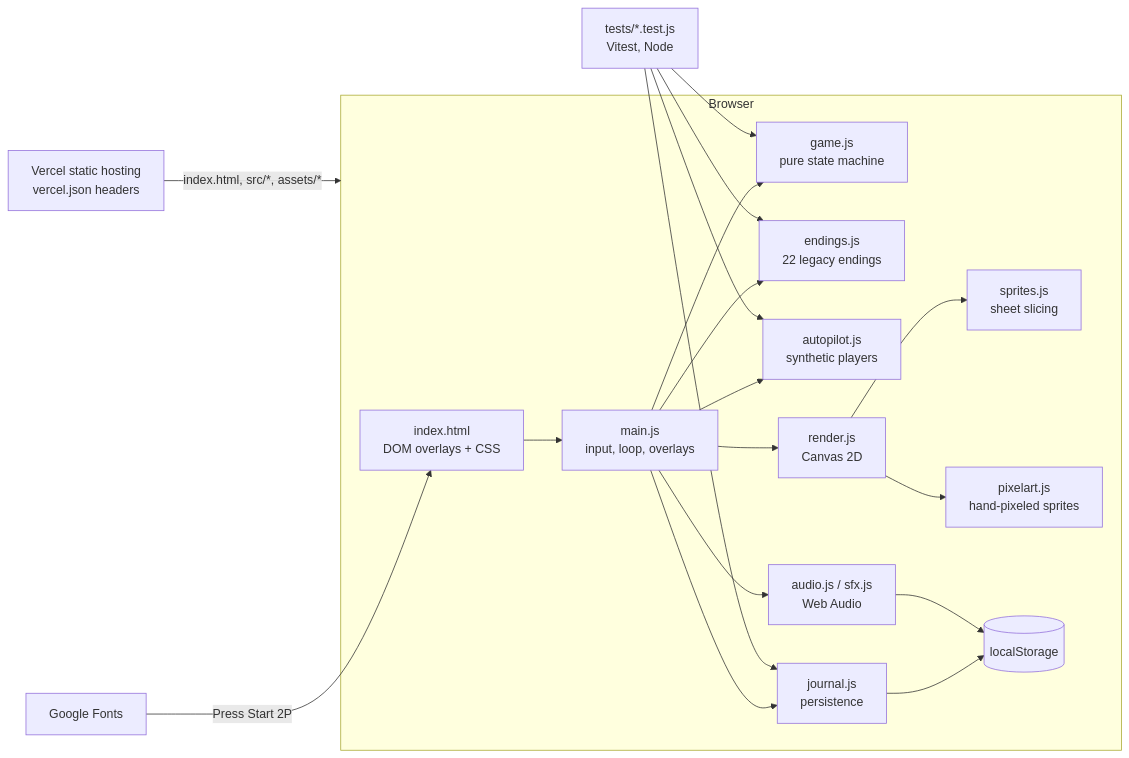
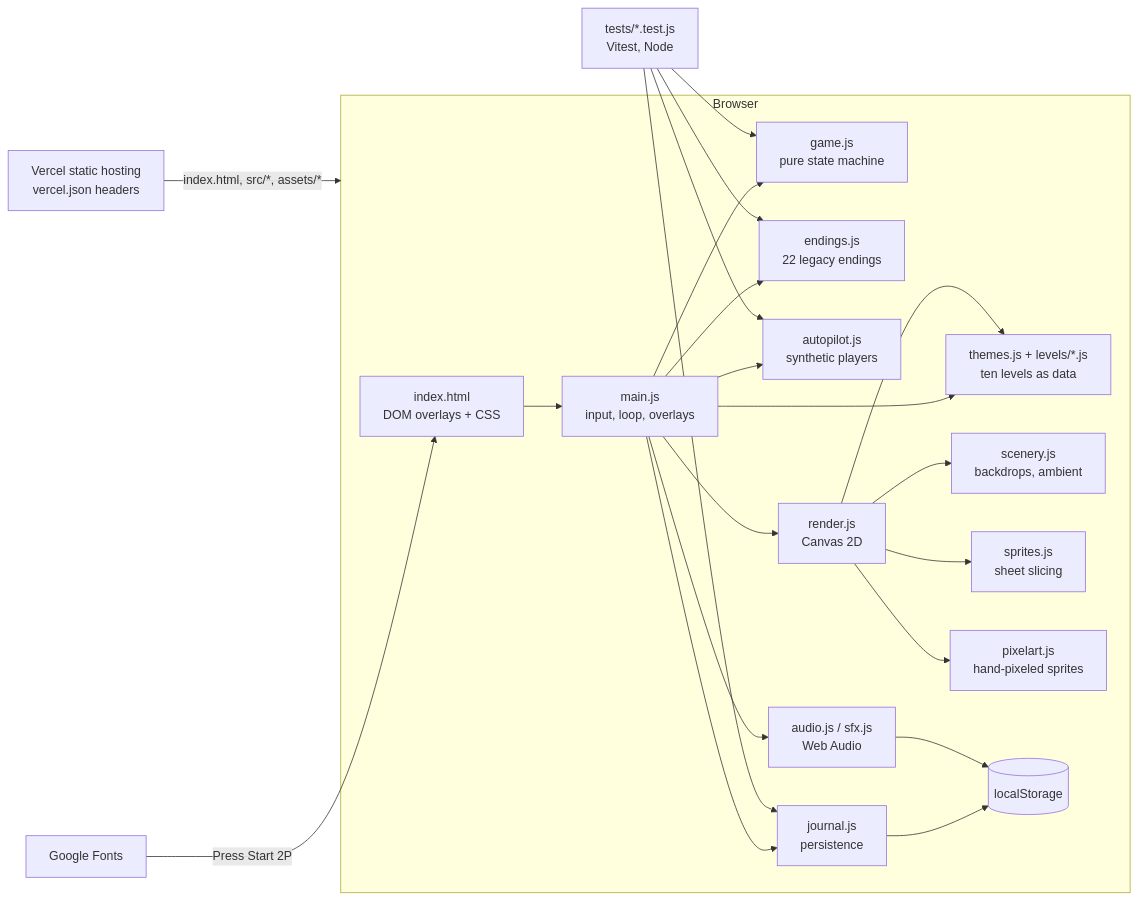
One commit to Maxbase91/almost-there changed the diagram in docs/ARCHITECTURE.md. Above: the diagram before and after it, drawn with Mermaid. The commit also changed other lines of this file and 26 other files, not shown here.

First line of the commit message:
feat: v8 with ten levels, five new hazards, scenery engine and effects

````diff
--- a/docs/ARCHITECTURE.md
+++ b/docs/ARCHITECTURE.md
@@ -10,22 +10,25 @@
 ```mermaid
 flowchart LR
   subgraph Browser
     HTML[index.html<br/>DOM overlays + CSS] --> MAIN[main.js<br/>input, loop, overlays]
     MAIN --> GAME[game.js<br/>pure state machine]
     MAIN --> END[endings.js<br/>22 legacy endings]
     MAIN --> AUTO[autopilot.js<br/>synthetic players]
     MAIN --> JOUR[journal.js<br/>persistence]
     MAIN --> REND[render.js<br/>Canvas 2D]
     MAIN --> AUD[audio.js / sfx.js<br/>Web Audio]
+    MAIN --> THEME[themes.js + levels/*.js<br/>ten levels as data]
+    REND --> THEME
+    REND --> SCEN[scenery.js<br/>backdrops, ambient]
     REND --> SPR[sprites.js<br/>sheet slicing]
     REND --> PIX[pixelart.js<br/>hand-pixeled sprites]
     JOUR --> LS[(localStorage)]
     AUD --> LS
   end
   Vercel[Vercel static hosting<br/>vercel.json headers] -->|index.html, src/*, assets/*| Browser
   GF[Google Fonts] -->|Press Start 2P| HTML
   TESTS[tests/*.test.js<br/>Vitest, Node] --> GAME
   TESTS --> END
   TESTS --> JOUR
   TESTS --> AUTO
 ```
````
